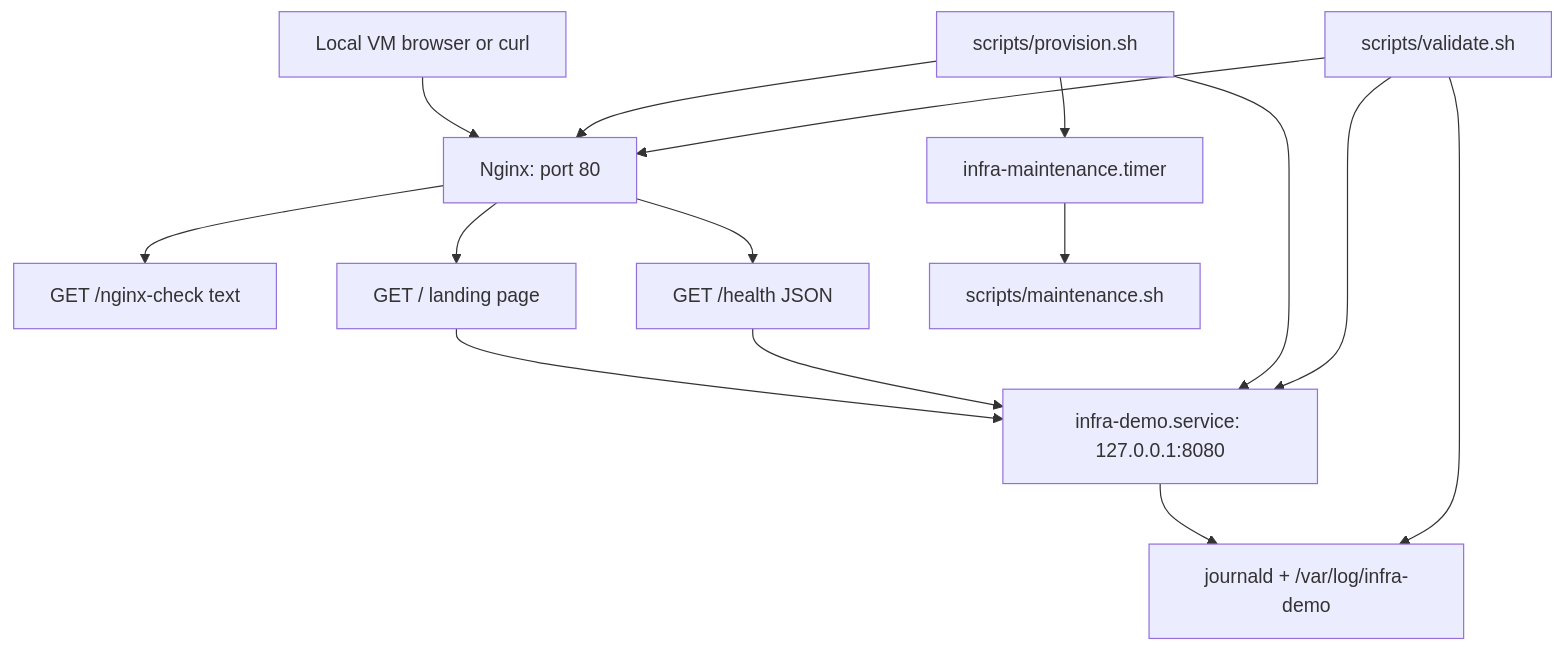
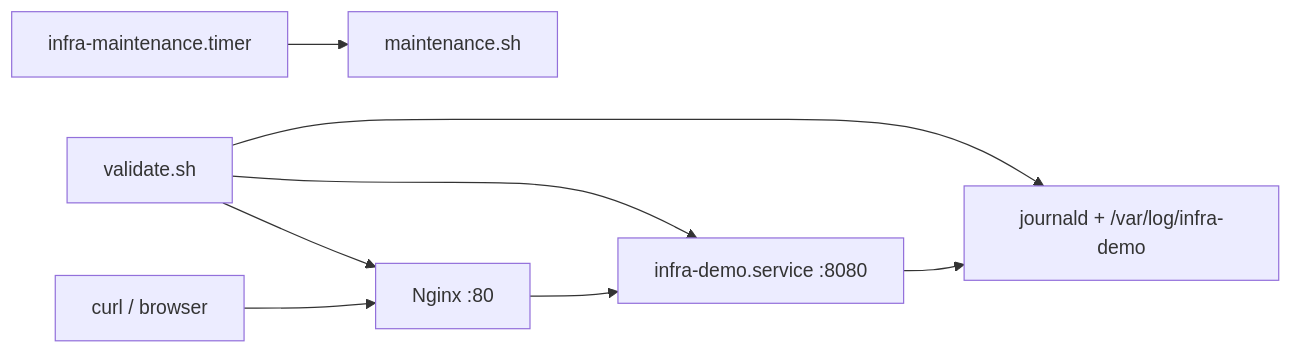
The first of 2 diagrams in README.md (Ypsh2304/linux-infra-intern-lab), drawn with Mermaid before and after one commit. The commit also changed other lines of this file, not shown here.

````diff
--- a/README.md
+++ b/README.md
@@ -27,17 +23,10 @@
 ```mermaid
-flowchart TD
-    Client["Local VM browser or curl"] --> Nginx["Nginx: port 80"]
-    Nginx --> NginxCheck["GET /nginx-check text"]
-    Nginx --> Root["GET / landing page"]
-    Nginx --> Health["GET /health JSON"]
-    Root --> Backend["infra-demo.service: 127.0.0.1:8080"]
-    Health --> Backend
+flowchart LR
+    Client["curl / browser"] --> Nginx["Nginx :80"]
+    Nginx --> Backend["infra-demo.service :8080"]
     Backend --> Logs["journald + /var/log/infra-demo"]
-    Timer["infra-maintenance.timer"] --> Maintenance["scripts/maintenance.sh"]
-    Provision["scripts/provision.sh"] --> Nginx
-    Provision --> Backend
-    Provision --> Timer
-    Validate["scripts/validate.sh"] --> Nginx
+    Timer["infra-maintenance.timer"] --> Maint["maintenance.sh"]
+    Validate["validate.sh"] --> Nginx
     Validate --> Backend
     Validate --> Logs
 ```
````
